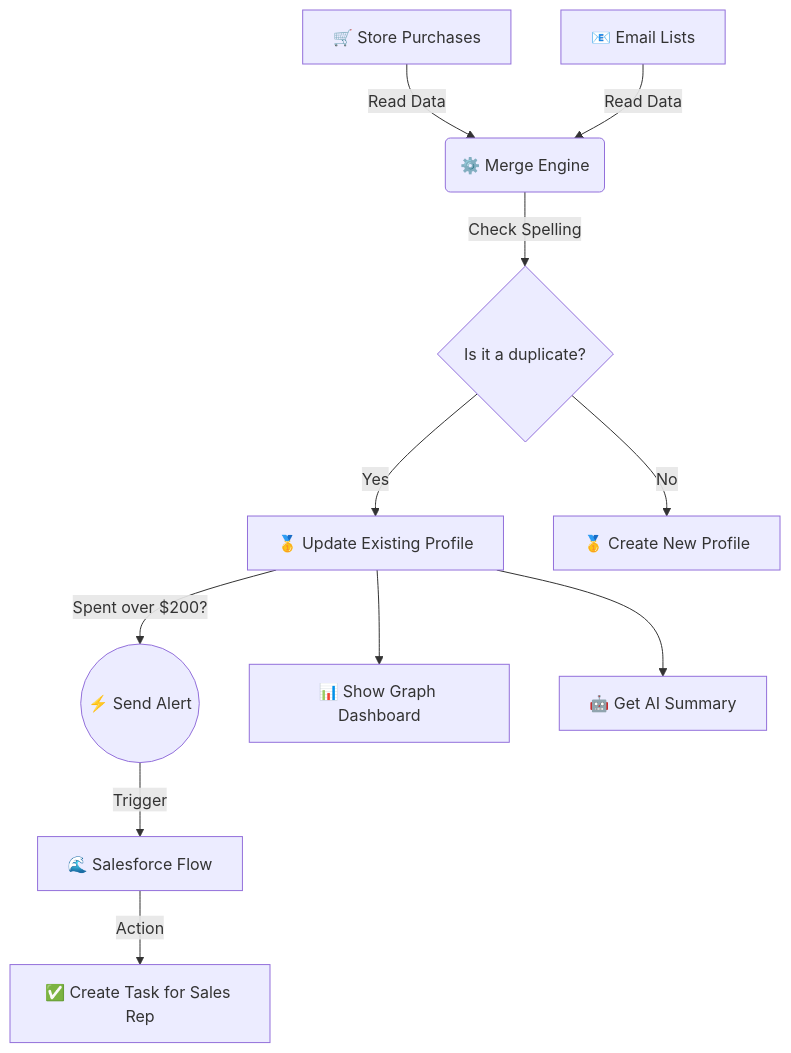
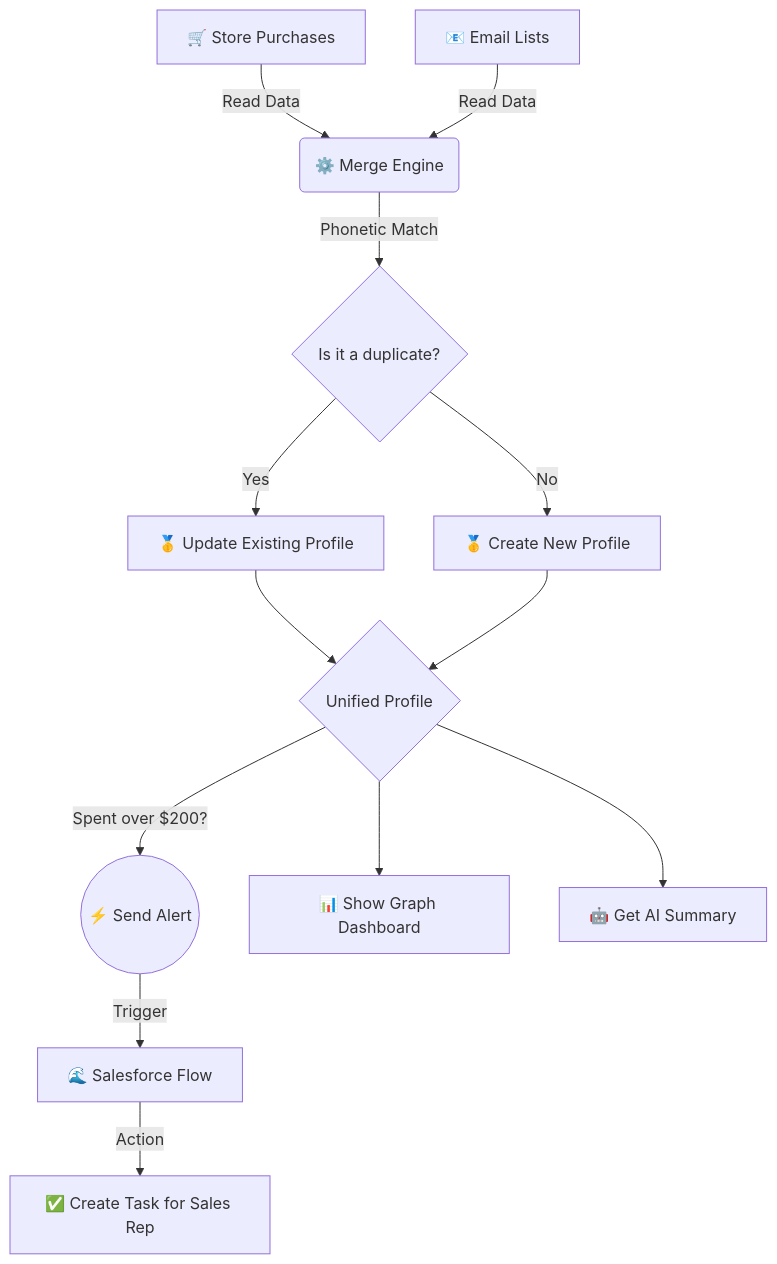
Before and after one commit to vishwajittidke/data-cloud-harmonizer: the diagram in README.md, drawn with Mermaid. The commit also changed other lines of this file, not shown here.

Commit message:
Docs: Audit fixes for mermaid diagram, scalability phrasing, and quick start prerequisites

````diff
--- a/README.md
+++ b/README.md
@@ -15,13 +15,18 @@
 ```mermaid
 graph TD
     A[🛒 Store Purchases] -->|Read Data| C(⚙️ Merge Engine)
     B[📧 Email Lists] -->|Read Data| C
-    C -->|Check Spelling| D{Is it a duplicate?}
+    C -->|Phonetic Match| D{Is it a duplicate?}
     D -->|Yes| E[🥇 Update Existing Profile]
     D -->|No| F[🥇 Create New Profile]
-    E -->|Spent over $200?| G((⚡ Send Alert))
+    
+    E --> Z{Unified Profile}
+    F --> Z
+    
+    Z -->|Spent over $200?| G((⚡ Send Alert))
     G -->|Trigger| H[🌊 Salesforce Flow]
     H -->|Action| I[✅ Create Task for Sales Rep]
-    E --> J[📊 Show Graph Dashboard]
-    E --> K[🤖 Get AI Summary]
+    
+    Z --> J[📊 Show Graph Dashboard]
+    Z --> K[🤖 Get AI Summary]
 ```
````
